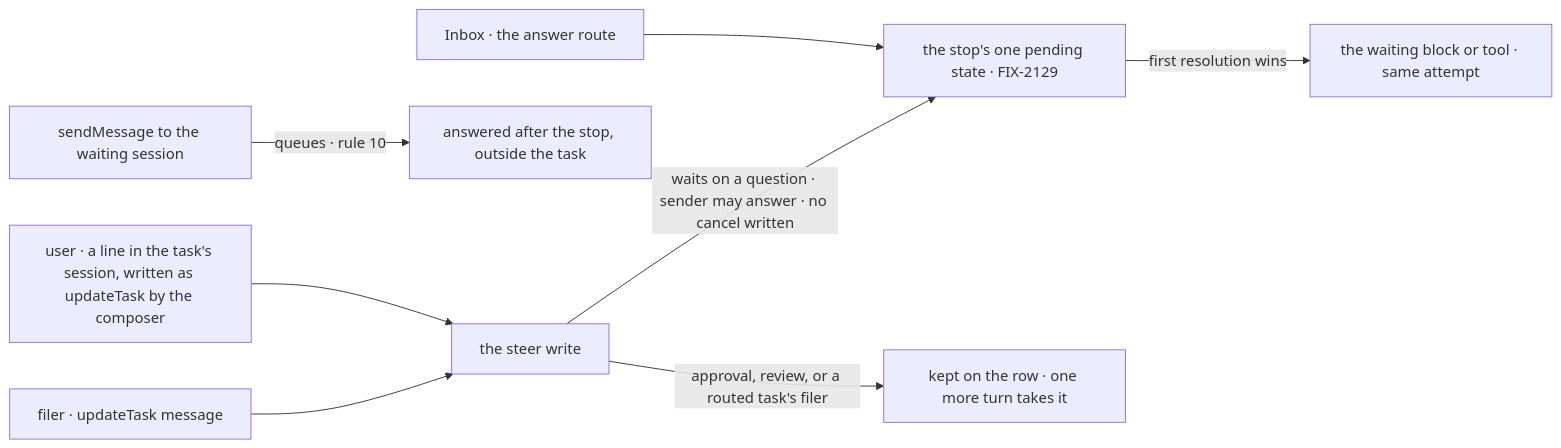
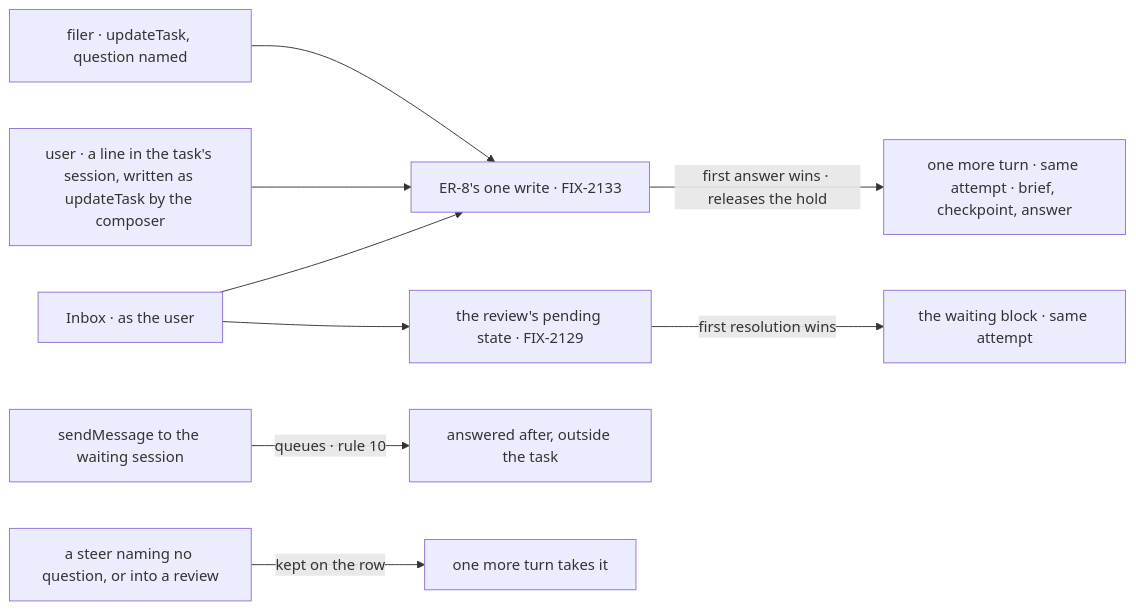
Before and after one commit to fixpoint-labs/flow-state-dev: the second of 2 diagrams in specs/issues/FIX-2131/SPEC.md, drawn with Mermaid. The commit also changed other lines of this file and 4 other files, not shown here.

````diff
--- a/specs/issues/FIX-2131/SPEC.md
+++ b/specs/issues/FIX-2131/SPEC.md
@@ -95,10 +96,11 @@
 ```mermaid
 flowchart LR
-  F["filer · updateTask message"] --> S["the steer write"]
-  U["user · a line in the task's session, written as updateTask by the composer"] --> S
-  M["sendMessage to the waiting session"] -->|"queues · rule 10"| Q["answered after the stop, outside the task"]
-  S -->|"waits on a question · sender may answer · no cancel written"| X["the stop's one pending state · FIX-2129"]
-  S -->|"approval, review, or a routed task's filer"| K["kept on the row · one more turn takes it"]
-  I["Inbox · the answer route"] --> X
-  X -->|"first resolution wins"| B["the waiting block or tool · same attempt"]
+  F["filer · updateTask, question named"] --> Q["ER-8's one write · FIX-2133"]
+  U["user · a line in the task's session, written as updateTask by the composer"] --> Q
+  I["Inbox · as the user"] --> Q
+  I --> R["the review's pending state · FIX-2129"]
+  M["sendMessage to the waiting session"] -->|"queues · rule 10"| Z["answered after, outside the task"]
+  S["a steer naming no question, or into a review"] -->|"kept on the row"| K["one more turn takes it"]
+  Q -->|"first answer wins · releases the hold"| T["one more turn · same attempt · brief, checkpoint, answer"]
+  R -->|"first resolution wins"| B["the waiting block · same attempt"]
 ```
````
